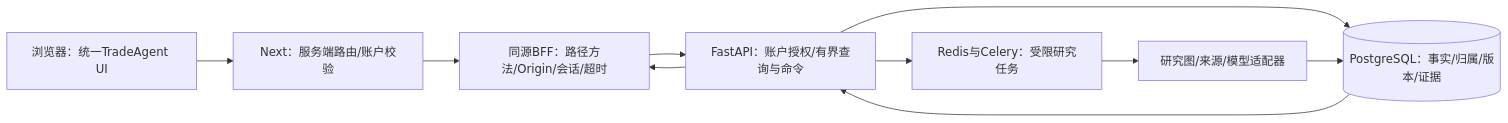
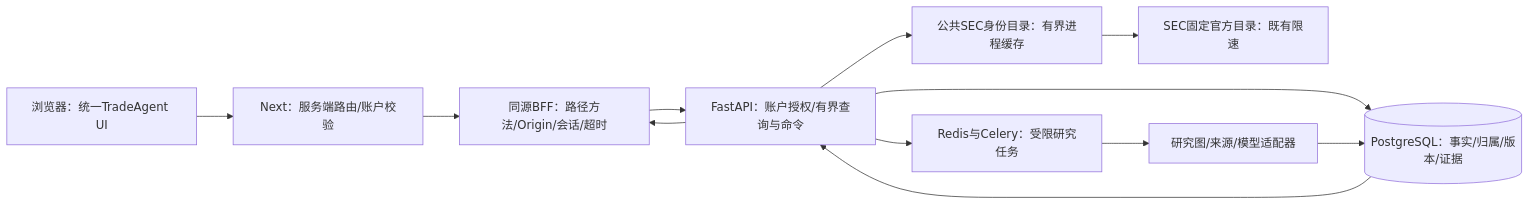
One commit to AsherTT/TradeAgent changed the diagram in docs/07_前端与部署/FRONTEND_ARCHITECTURE.md. Above: the diagram before and after it, drawn with Mermaid. The commit also changed other lines of this file and 10 other files, not shown here.

````diff
--- a/docs/07_前端与部署/FRONTEND_ARCHITECTURE.md
+++ b/docs/07_前端与部署/FRONTEND_ARCHITECTURE.md
@@ -59,12 +66,14 @@
 ```mermaid
 flowchart LR
   U[浏览器：统一TradeAgent UI] --> N[Next：服务端路由/账户校验]
   N --> B[同源BFF：路径方法/Origin/会话/超时]
   B --> A[FastAPI：账户授权/有界查询与命令]
+  A --> C[公共SEC身份目录：有界进程缓存]
+  C --> S[SEC固定官方目录：既有限速]
   A --> P[(PostgreSQL：事实/归属/版本/证据)]
   A --> Q[Redis与Celery：受限研究任务]
   Q --> G[研究图/来源/模型适配器]
   G --> P
   P --> A
   A --> B
 ```
````
